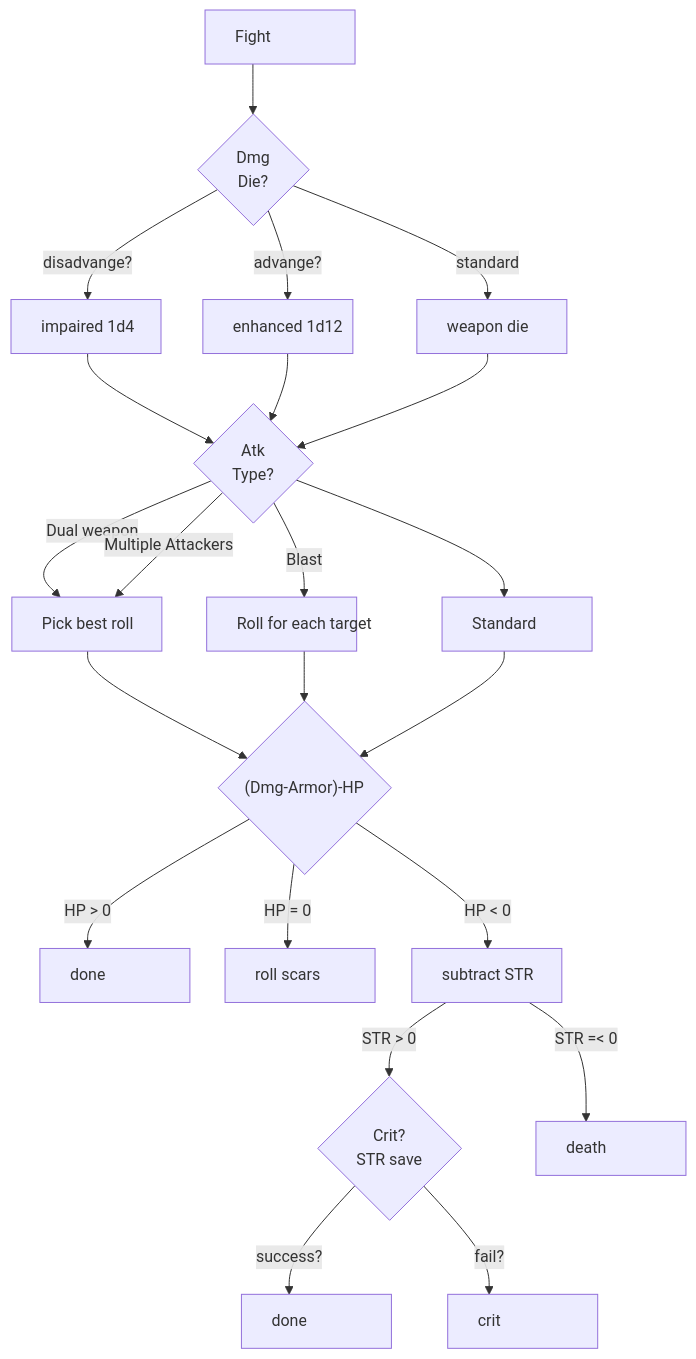
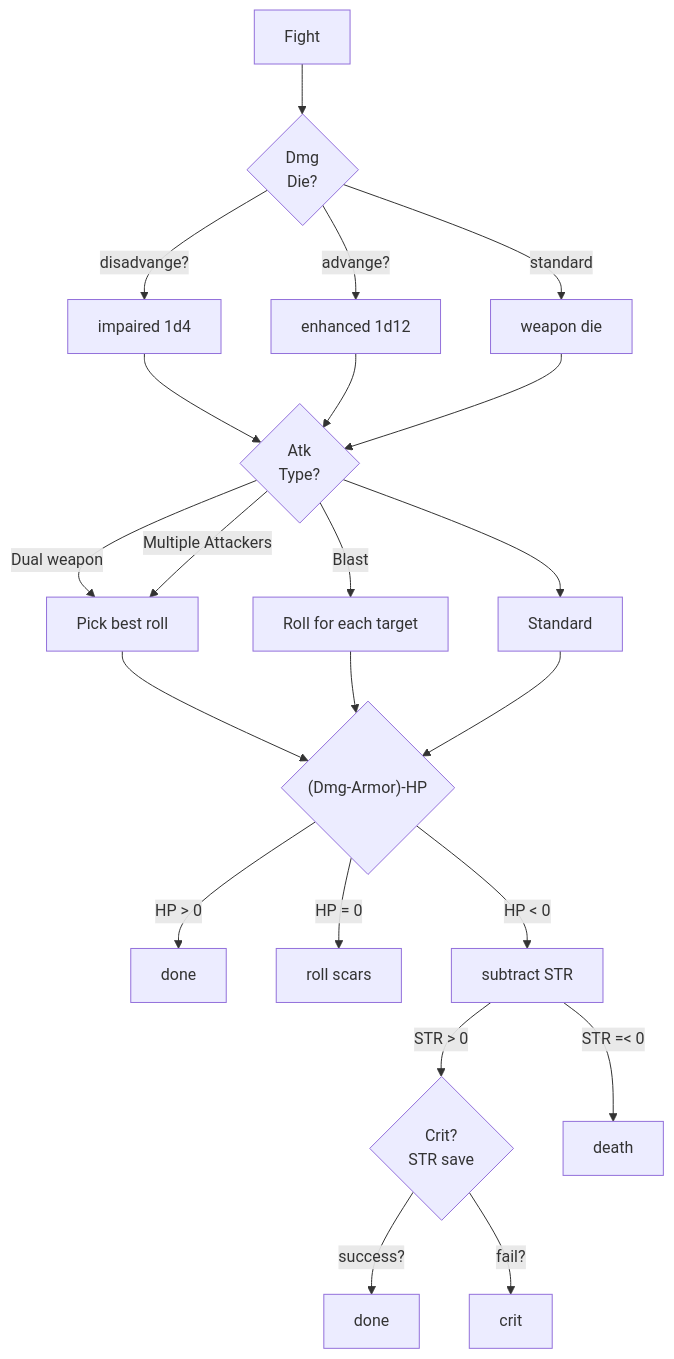
Before and after one commit to Italian-Translation-Alliance/cairn-ita: the diagram in generator.md, drawn with Mermaid. The commit also changed other lines of this file, not shown here.

````diff
--- a/generator.md
+++ b/generator.md
@@ -5,27 +5,26 @@
 ```mermaid
 
 graph TD
     E[Fight] --> G{Dmg<br>Die?}
     G -->|disadvange?| H[impaired 1d4]
     G -->|advange?| I[enhanced 1d12]
     G -->|standard| L[weapon die]
     H --> M{Atk<br>Type?}
     I --> M
     L --> M  
     M -->|Dual weapon| N[Pick best roll]
     M -->|Multiple Attackers| N
     M -->|Blast| P[Roll for each target]
     M -->Q[Standard]
     N --> R{"#40;Dmg-Armor#41;-HP"} 
     P --> R
     Q --> R
     R --> |HP > 0| S[done]
     R --> |HP = 0| T[roll scars]
     R --> |HP < 0| U[subtract STR]
     U --> |STR > 0| W{Crit?<br>STR save}
     U --> |STR =< 0| Z[death]
     W --> |success?| 1["done"]
     W --> |fail?| 2["crit"]
-    
- classDef default width:150px;
+   
 ```
````
